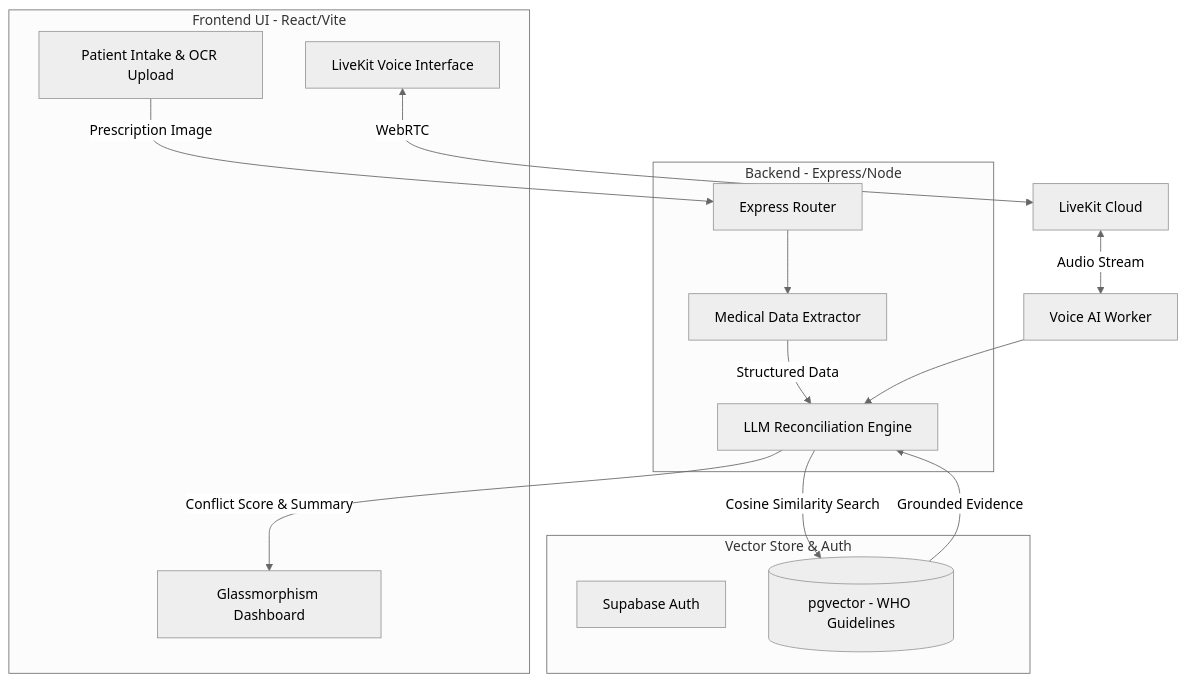
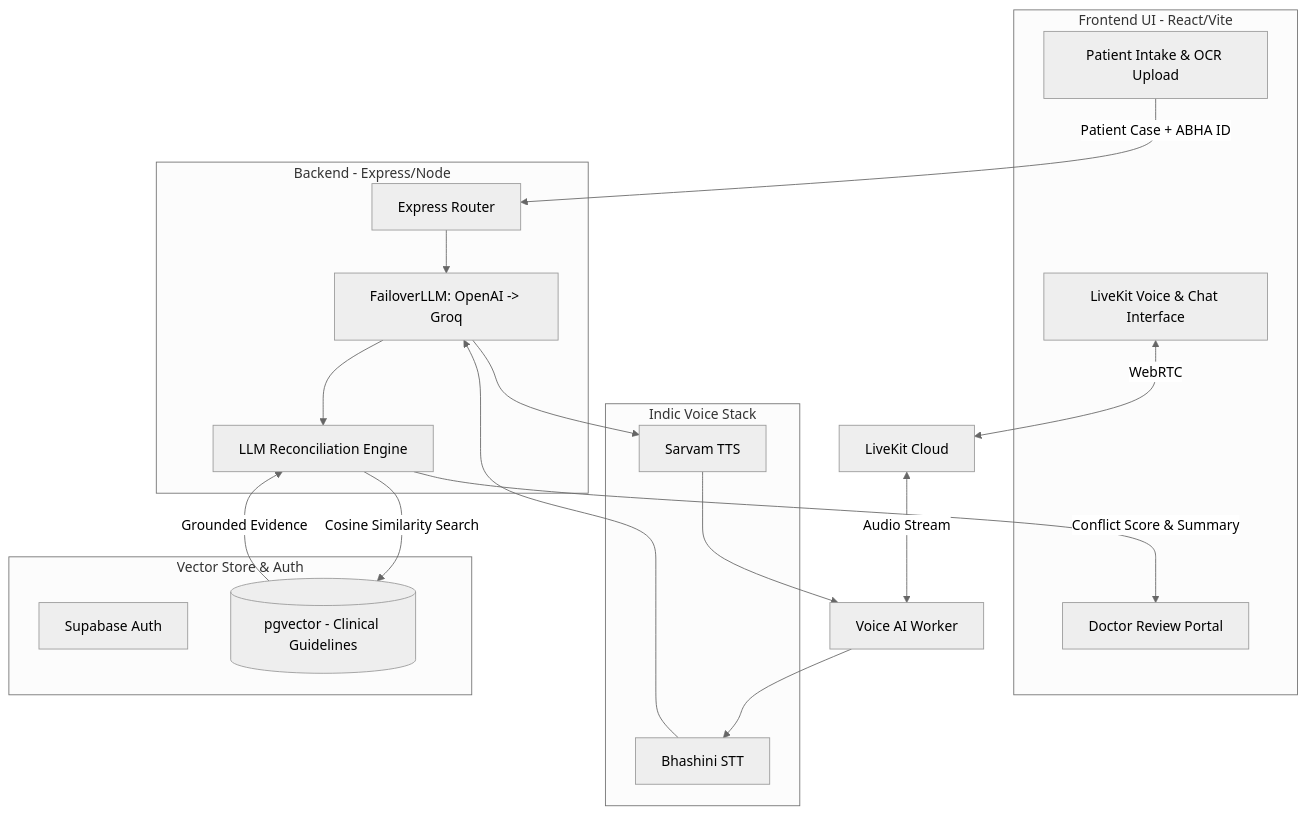
One commit to Niss54/Second-sight-pro changed the diagram in README.md. Above: the diagram before and after it, drawn with Mermaid (neutral theme). The commit also changed other lines of this file, not shown here.

Commit message:
docs: update README with latest Hackathon features (FailoverLLM, Doctor Portal, Bhashini, ABDM)

````diff
--- a/README.md
+++ b/README.md
@@ -54,30 +57,38 @@
 ```mermaid
 graph TD
   subgraph Client [Frontend UI - React/Vite]
     Intake[Patient Intake & OCR Upload]
-    VoiceUI[LiveKit Voice Interface]
-    Dash[Glassmorphism Dashboard]
+    VoiceUI[LiveKit Voice & Chat Interface]
+    DocDash[Doctor Review Portal]
   end
 
   subgraph AI_Engine [Backend - Express/Node]
     Router[Express Router]
     Recon[LLM Reconciliation Engine]
-    DocExtract[Medical Data Extractor]
+    Failover[FailoverLLM: OpenAI -> Groq]
+  end
+
+  subgraph Voice_Indic [Indic Voice Stack]
+    Bhashini[Bhashini STT]
+    Sarvam[Sarvam TTS]
   end
 
   subgraph Database [Vector Store & Auth]
     Auth[Supabase Auth]
-    PGVector[(pgvector - WHO Guidelines)]
+    PGVector[(pgvector - Clinical Guidelines)]
   end
 
-  Intake -->|Prescription Image| Router
-  Router --> DocExtract
-  DocExtract -->|Structured Data| Recon
+  Intake -->|Patient Case + ABHA ID| Router
+  Router --> Failover
+  Failover --> Recon
   Recon -->|Cosine Similarity Search| PGVector
   PGVector -->|Grounded Evidence| Recon
-  Recon -->|Conflict Score & Summary| Dash
+  Recon -->|Conflict Score & Summary| DocDash
   
   VoiceUI <-->|WebRTC| LiveKitCloud[LiveKit Cloud]
   LiveKitCloud <-->|Audio Stream| VoiceWorker[Voice AI Worker]
-  VoiceWorker --> Recon
+  VoiceWorker --> Bhashini
+  Bhashini --> Failover
+  Failover --> Sarvam
+  Sarvam --> VoiceWorker
 ```
````
